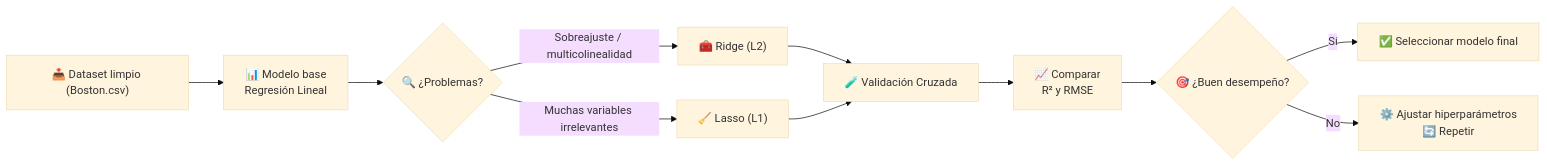
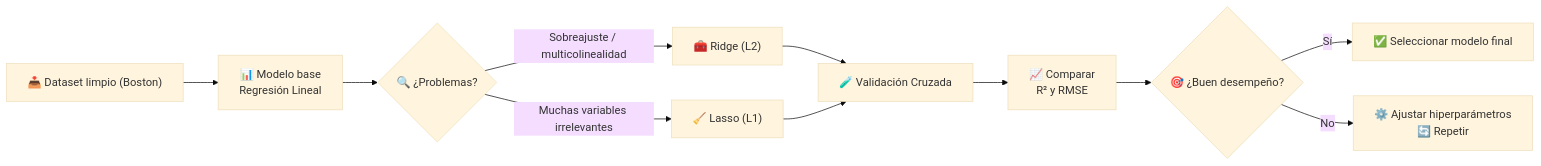
The diagram in Untitled-1.qmd (jorgeiv500/regresiones), drawn with Mermaid (base theme) before and after one commit. The commit also changed other lines of this file and 2 other files, not shown here.

````diff
--- a/Untitled-1.qmd
+++ b/Untitled-1.qmd
@@ -122,15 +121,15 @@
 ```{mermaid}
 %%| echo: false
 %%| fig-width: 6.5%%| 
 flowchart LR
-    A["📥 Dataset limpio (Boston.csv)"] --> B["📊 Modelo base\nRegresión Lineal"]
+    A["📥 Dataset limpio (Boston)"] --> B["📊 Modelo base\nRegresión Lineal"]
     B --> C{"🔍 ¿Problemas?"}
     C -- Sobreajuste / multicolinealidad --> D["🧰 Ridge (L2)"]
     C -- Muchas variables irrelevantes --> E["🧹 Lasso (L1)"]
     D & E --> F["🧪 Validación Cruzada"]
     F --> G["📈 Comparar\nR² y RMSE"]
     G --> H{"🎯 ¿Buen desempeño?"}
     H -- Sí --> I["✅ Seleccionar modelo final"]
     H -- No --> J["⚙️ Ajustar hiperparámetros\n🔄 Repetir"]
 
 ```
````
